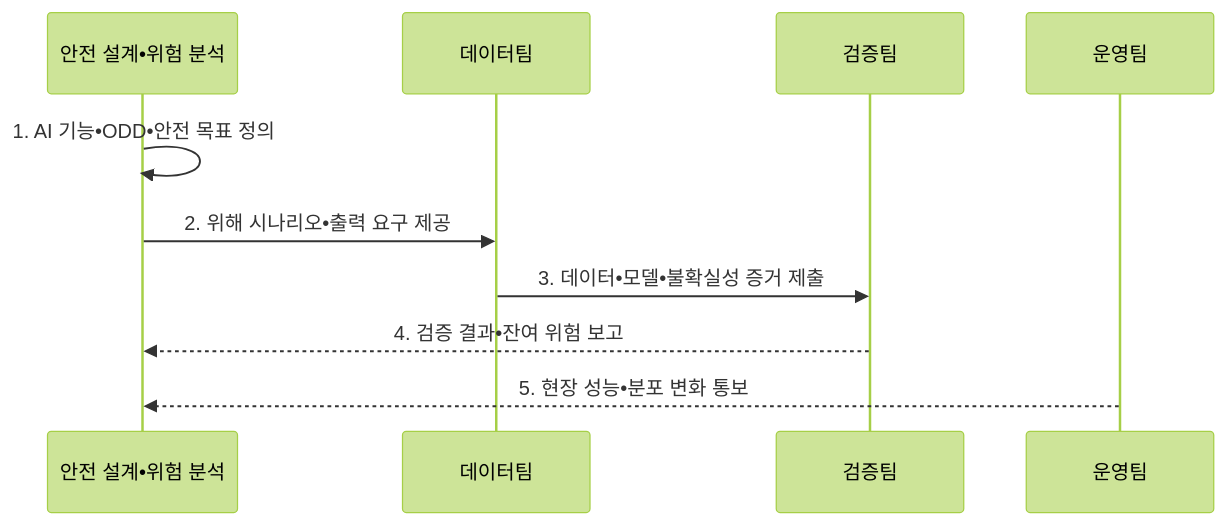
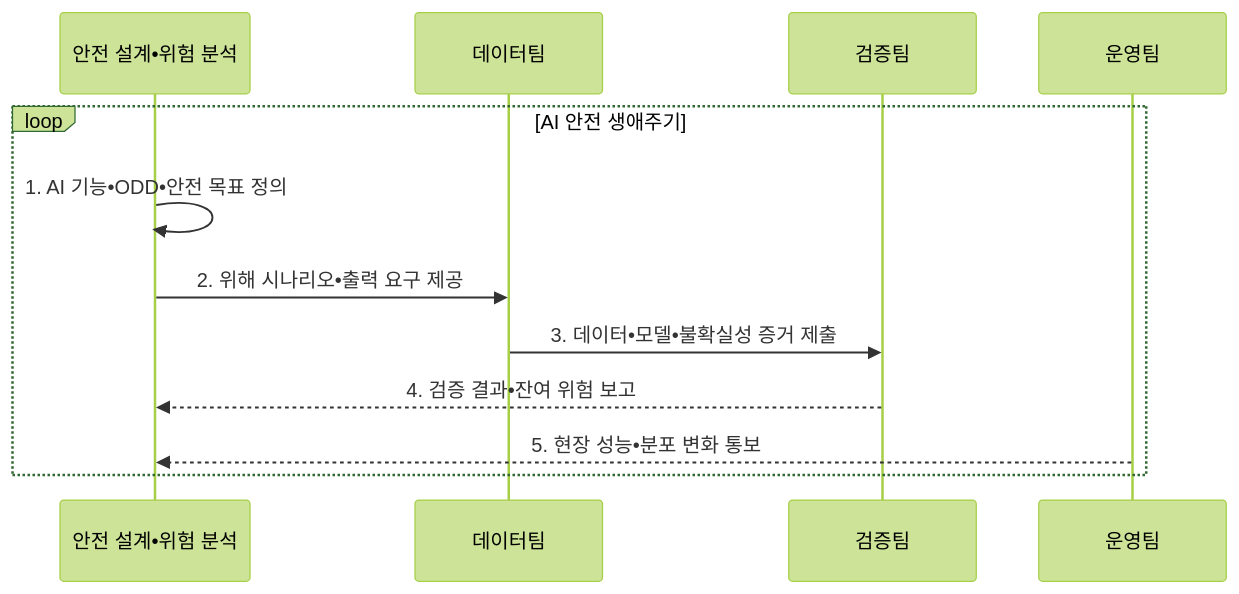
Before and after one commit to agnusdei1207/knowledge-base: the second of 2 diagrams in src/content/docs/notes/07-law-policy/044_iso_pas_8800.md, drawn with Mermaid (forest theme). The commit also changed other lines of this file and 5 other files, not shown here.

````diff
--- a/src/content/docs/notes/07-law-policy/044_iso_pas_8800.md
+++ b/src/content/docs/notes/07-law-policy/044_iso_pas_8800.md
@@ -95,12 +95,14 @@
 ```mermaid
 sequenceDiagram
     participant S as 안전 설계•위험 분석
     participant D as 데이터팀
     participant V as 검증팀
     participant O as 운영팀
-    S->>S: 1. AI 기능•ODD•안전 목표 정의
-    S->>D: 2. 위해 시나리오•출력 요구 제공
-    D->>V: 3. 데이터•모델•불확실성 증거 제출
-    V-->>S: 4. 검증 결과•잔여 위험 보고
-    O-->>S: 5. 현장 성능•분포 변화 통보
+    loop AI 안전 생애주기
+        S->>S: 1. AI 기능•ODD•안전 목표 정의
+        S->>D: 2. 위해 시나리오•출력 요구 제공
+        D->>V: 3. 데이터•모델•불확실성 증거 제출
+        V-->>S: 4. 검증 결과•잔여 위험 보고
+        O-->>S: 5. 현장 성능•분포 변화 통보
+    end
 ```
````
